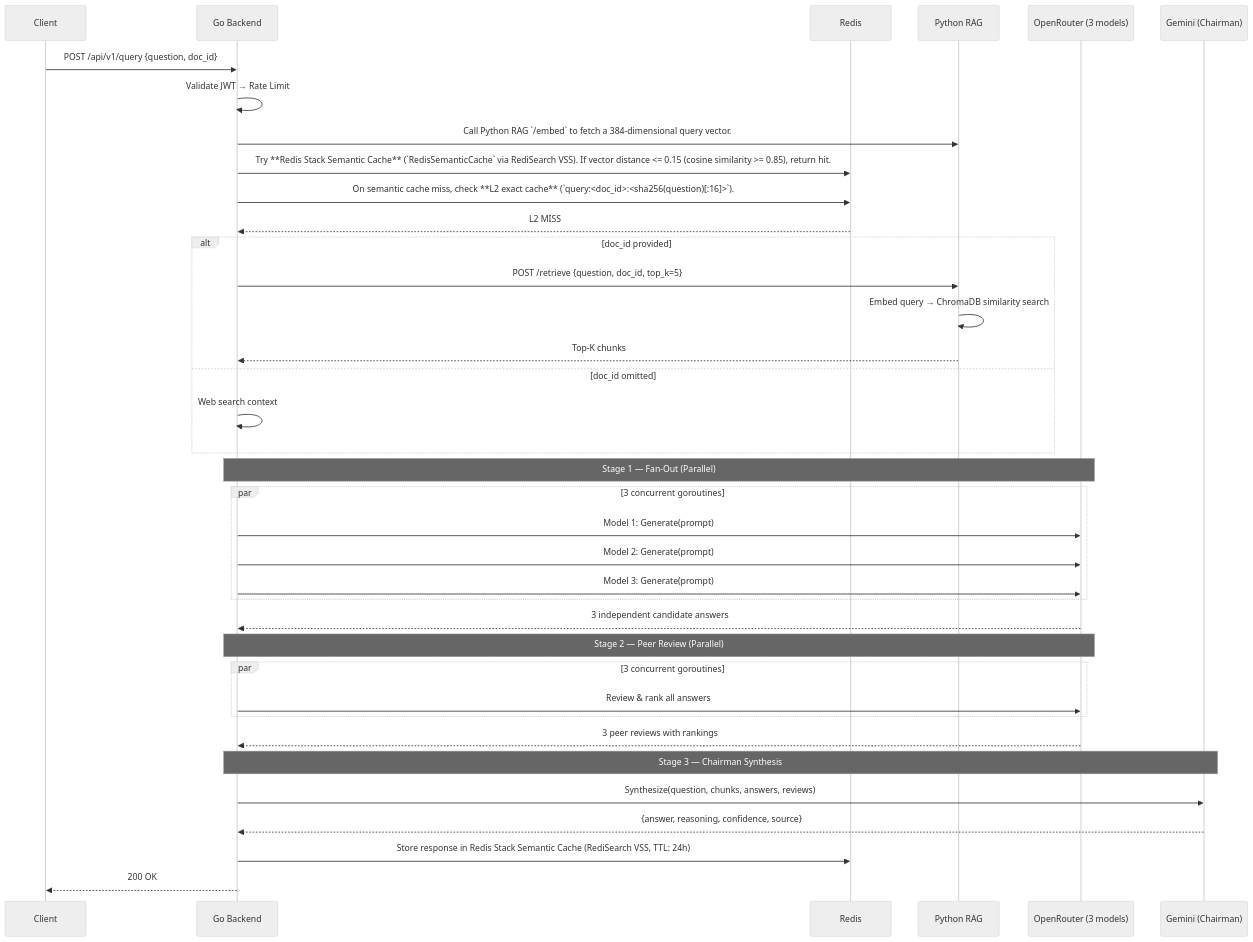
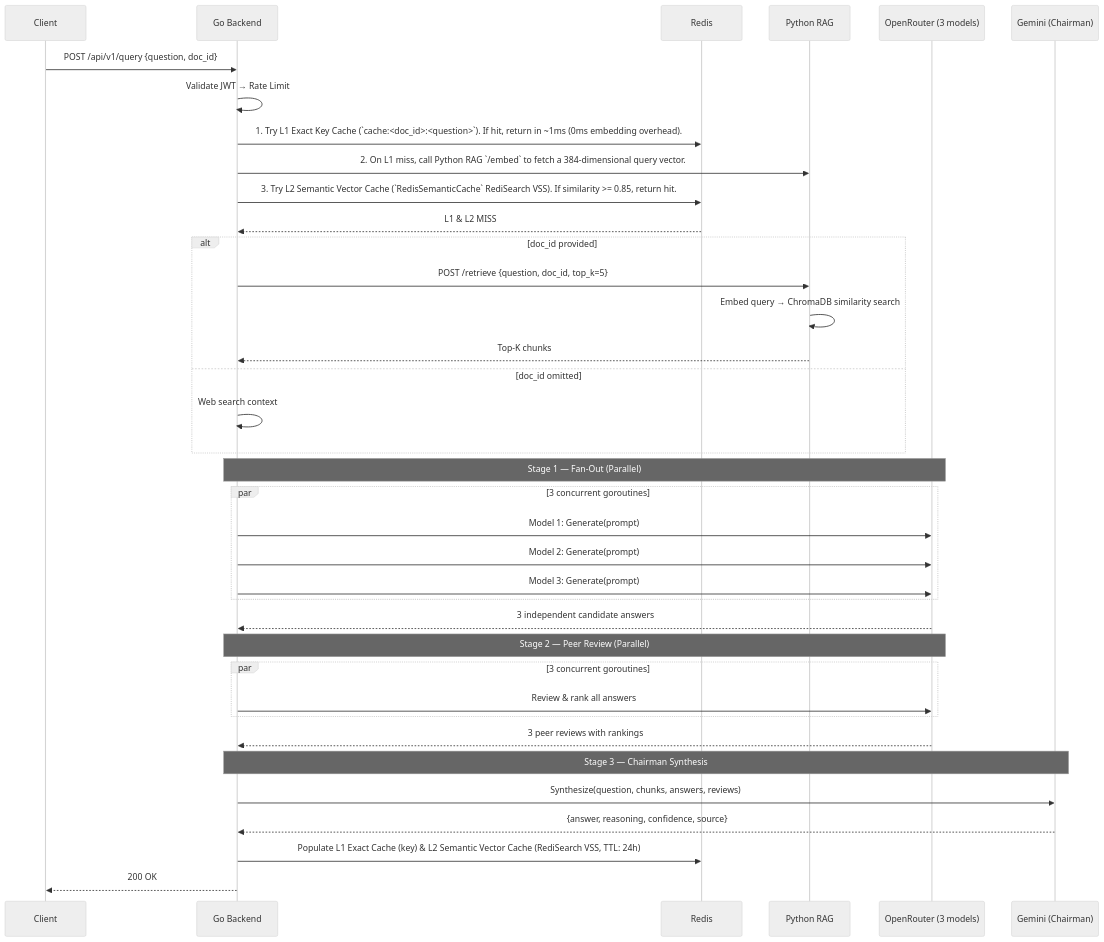
One commit to regular-life/PadhAI-Dost changed the second of 2 diagrams in docs/DESIGN_DOC.md. Above: the diagram before and after it, drawn with Mermaid (neutral theme). The commit also changed other lines of this file and 1 other file, not shown here.

Commit message:
refactor(cache): tier L1 Exact Match before L2 Semantic Match in query pipeline

````diff
--- a/docs/DESIGN_DOC.md
+++ b/docs/DESIGN_DOC.md
@@ -130,46 +130,46 @@
 ```mermaid
 sequenceDiagram
     participant C as Client
     participant G as Go Backend
     participant R as Redis
     participant P as Python RAG
     participant OR as OpenRouter (3 models)
     participant GM as Gemini (Chairman)
 
     C->>G: POST /api/v1/query {question, doc_id}
     G->>G: Validate JWT → Rate Limit
 
-    G->>P: Call Python RAG `/embed` to fetch a 384-dimensional query vector.
-    G->>R: Try **Redis Stack Semantic Cache** (`RedisSemanticCache` via RediSearch VSS). If vector distance <= 0.15 (cosine similarity >= 0.85), return hit.
-    G->>R: On semantic cache miss, check **L2 exact cache** (`query:<doc_id>:<sha256(question)[:16]>`).
-    R-->>G: L2 MISS
+    G->>R: 1. Try L1 Exact Key Cache (`cache:<doc_id>:<question>`). If hit, return in ~1ms (0ms embedding overhead).
+    G->>P: 2. On L1 miss, call Python RAG `/embed` to fetch a 384-dimensional query vector.
+    G->>R: 3. Try L2 Semantic Vector Cache (`RedisSemanticCache` RediSearch VSS). If similarity >= 0.85, return hit.
+    R-->>G: L1 & L2 MISS
 
     alt doc_id provided
         G->>P: POST /retrieve {question, doc_id, top_k=5}
         P->>P: Embed query → ChromaDB similarity search
         P-->>G: Top-K chunks
     else doc_id omitted
         G->>G: Web search context
     end
 
     Note over G,OR: Stage 1 — Fan-Out (Parallel)
     par 3 concurrent goroutines
         G->>OR: Model 1: Generate(prompt)
         G->>OR: Model 2: Generate(prompt)
         G->>OR: Model 3: Generate(prompt)
     end
     OR-->>G: 3 independent candidate answers
 
     Note over G,OR: Stage 2 — Peer Review (Parallel)
     par 3 concurrent goroutines
         G->>OR: Review & rank all answers
     end
     OR-->>G: 3 peer reviews with rankings
 
     Note over G,GM: Stage 3 — Chairman Synthesis
     G->>GM: Synthesize(question, chunks, answers, reviews)
     GM-->>G: {answer, reasoning, confidence, source}
 
-    G->>R: Store response in Redis Stack Semantic Cache (RediSearch VSS, TTL: 24h)
+    G->>R: Populate L1 Exact Cache (key) & L2 Semantic Vector Cache (RediSearch VSS, TTL: 24h)
     G-->>C: 200 OK
 ```
````
